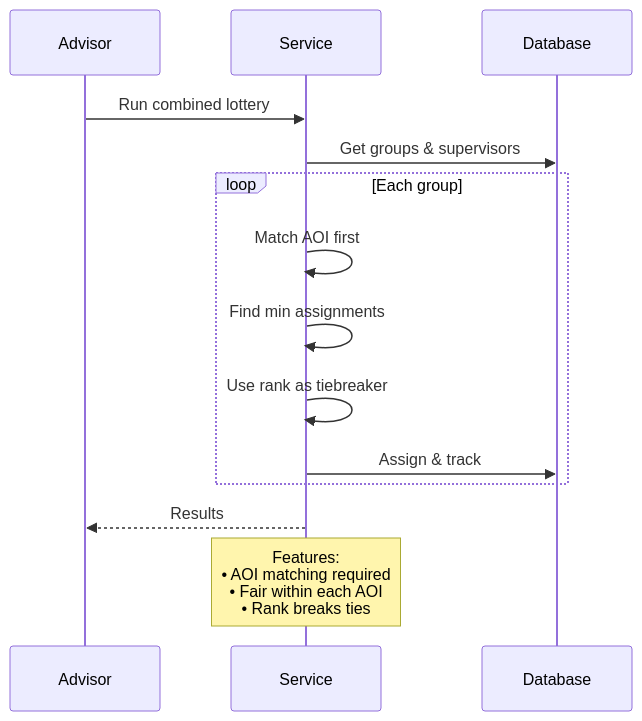
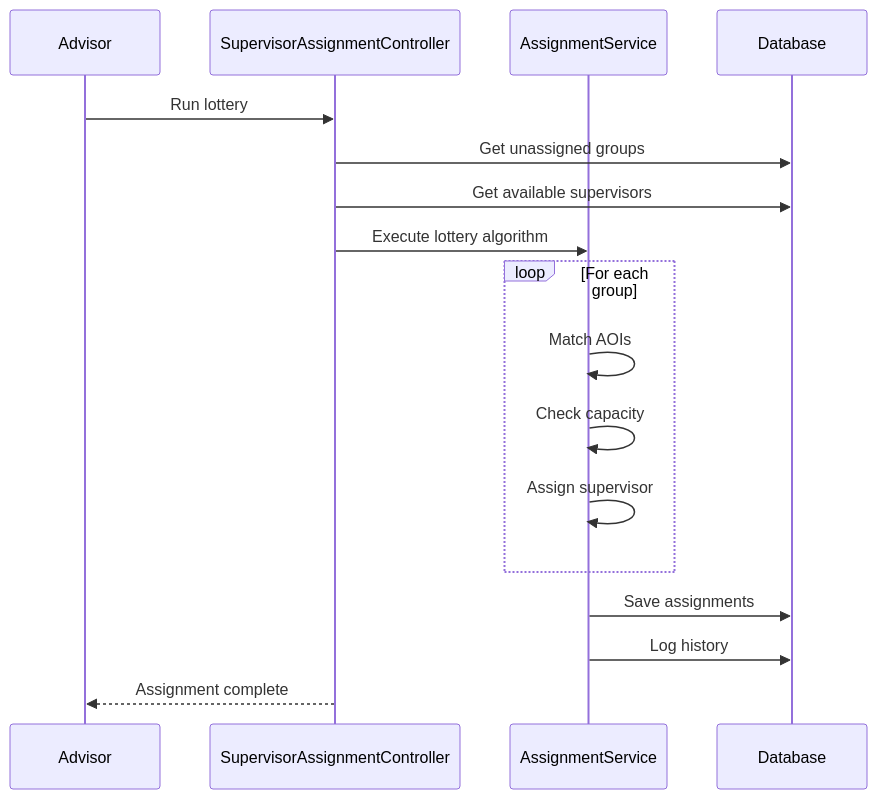
Diagram 14 of 29 in sequence.md (abdullah2323442/thesisrepo-backup), drawn with Mermaid before and after one commit. The commit also changed other lines of this file, not shown here.

Commit message:
refactor(supervisor-assignment): Simplify supervisor assignment lottery system by consolidating modes and enhancing algorithm clarity

````diff
--- a/sequence.md
+++ b/sequence.md
@@ -345,20 +299,22 @@
 ```mermaid
 sequenceDiagram
     participant Ad as Advisor
-    participant SAS as Service
+    participant SAC as SupervisorAssignmentController
+    participant SAS as AssignmentService
     participant DB as Database
 
-    Ad->>SAS: Run combined lottery
-    SAS->>DB: Get groups & supervisors
+    Ad->>SAC: Run lottery
+    SAC->>DB: Get unassigned groups
+    SAC->>DB: Get available supervisors
+    SAC->>SAS: Execute lottery algorithm
     
-    loop Each group
-        SAS->>SAS: Match AOI first
-        SAS->>SAS: Find min assignments
-        SAS->>SAS: Use rank as tiebreaker
-        SAS->>DB: Assign & track
+    loop For each group
+        SAS->>SAS: Match AOIs
+        SAS->>SAS: Check capacity
+        SAS->>SAS: Assign supervisor
     end
     
-    SAS-->>Ad: Results
-    
-    Note over SAS: Features:<br/>• AOI matching required<br/>• Fair within each AOI<br/>• Rank breaks ties
+    SAS->>DB: Save assignments
+    SAS->>DB: Log history
+    SAC-->>Ad: Assignment complete
 ```
````
